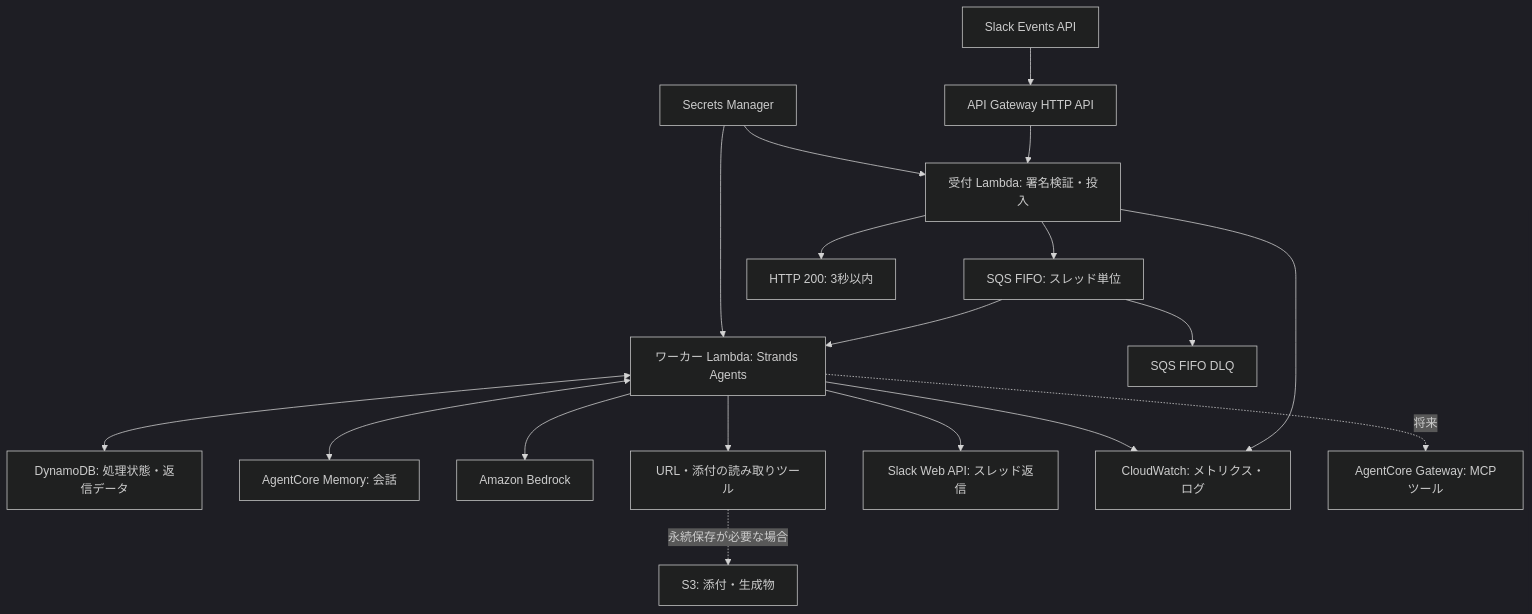
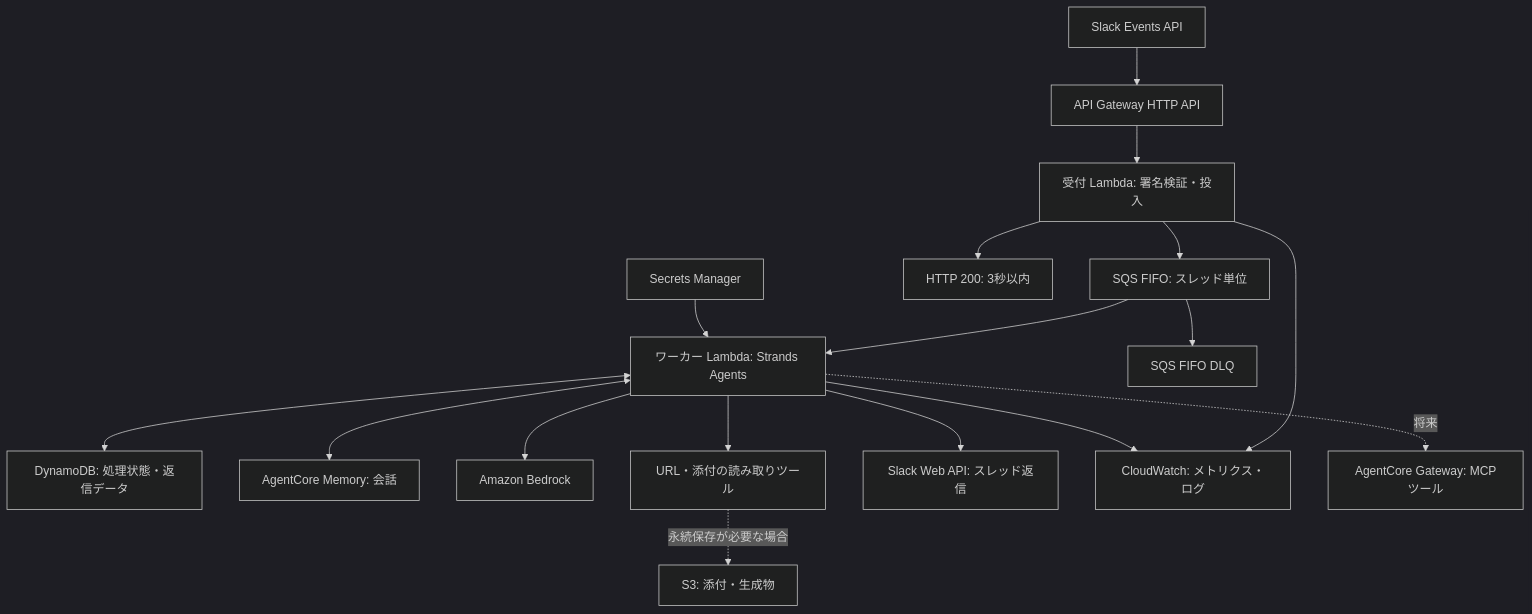
The second of 2 diagrams in docs/adr/001-serverless-strands-chatbot.md (karia/ai_chatbot), drawn with Mermaid (dark theme) before and after one commit. The commit also changed other lines of this file and 1 other file, not shown here.

First line of the commit message:
Move the ingress signing secret out of Secrets Manager

````diff
--- a/docs/adr/001-serverless-strands-chatbot.md
+++ b/docs/adr/001-serverless-strands-chatbot.md
@@ -124,20 +124,19 @@
 ```mermaid
 flowchart TD
     Slack[Slack Events API] --> API[API Gateway HTTP API]
     API --> Ingress[受付 Lambda: 署名検証・投入]
     Ingress --> Queue[SQS FIFO: スレッド単位]
     Ingress --> ACK[HTTP 200: 3秒以内]
     Queue --> Worker[ワーカー Lambda: Strands Agents]
     Queue --> DLQ[SQS FIFO DLQ]
     Worker <--> State[DynamoDB: 処理状態・返信データ]
     Worker <--> Memory[AgentCore Memory: 会話]
     Worker --> Bedrock[Amazon Bedrock]
     Worker --> Tools[URL・添付の読み取りツール]
     Worker --> WebAPI[Slack Web API: スレッド返信]
-    Secrets[Secrets Manager] --> Ingress
-    Secrets --> Worker
+    Secrets[Secrets Manager] --> Worker
     Ingress --> Logs[CloudWatch: メトリクス・ログ]
     Worker --> Logs
     Worker -. 将来 .-> Gateway[AgentCore Gateway: MCPツール]
     Tools -. 永続保存が必要な場合 .-> S3[S3: 添付・生成物]
 ```
````
